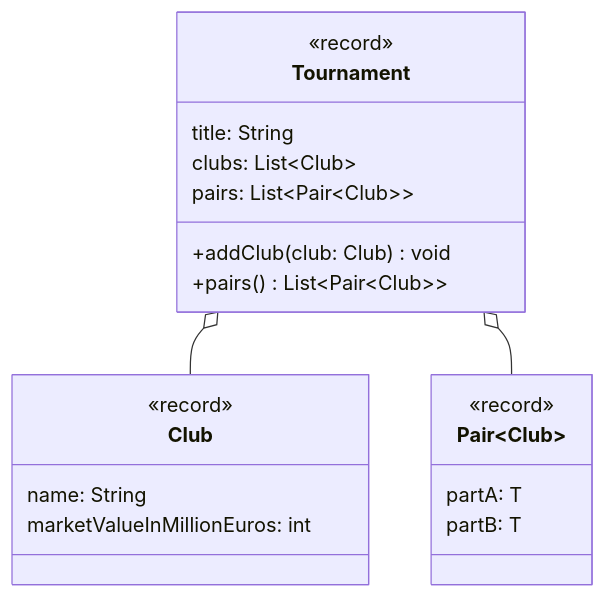
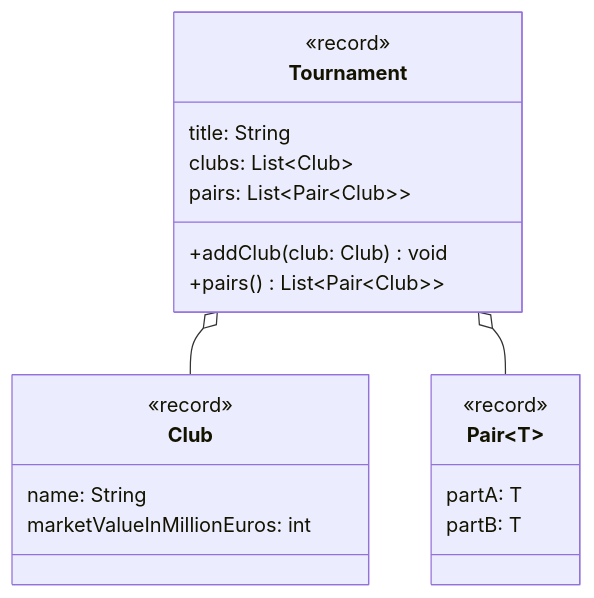
Before and after one commit to jappuccini/java-docs: the diagram in docs/exercises/generics/generics04.mdx, drawn with Mermaid. The commit also changed 1 other file, not shown here.

Commit message:
fix exercises

````diff
--- a/docs/exercises/generics/generics04.mdx
+++ b/docs/exercises/generics/generics04.mdx
@@ -15,26 +15,26 @@
 ```mermaid
 classDiagram
     Tournament o-- Club
-    Tournament o-- Pair~Club~
+    Tournament o-- Pair~T~
 
-    class Pair~Club~ {
+    class Pair~T~ {
         <<record>>
         partA: T
         partB: T
     }
 
     class Tournament {
         <<record>>
         title: String
         clubs: List~Club~
         pairs: List~Pair~Club~~
         +addClub(club: Club) void
         +pairs() List~Pair~Club~~
     }
 
     class Club {
         <<record>>
         name: String
         marketValueInMillionEuros: int
     }
 ```
````
